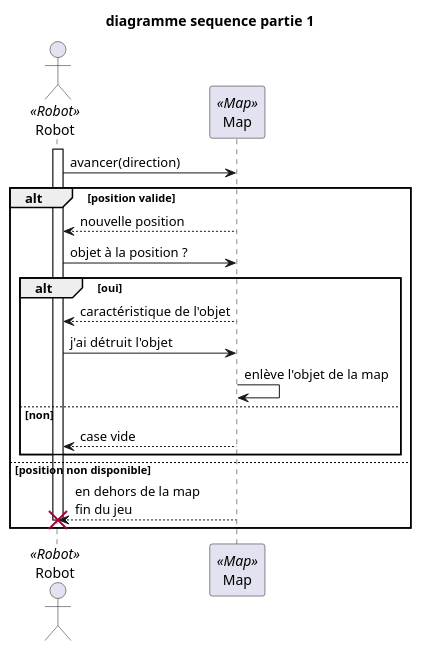
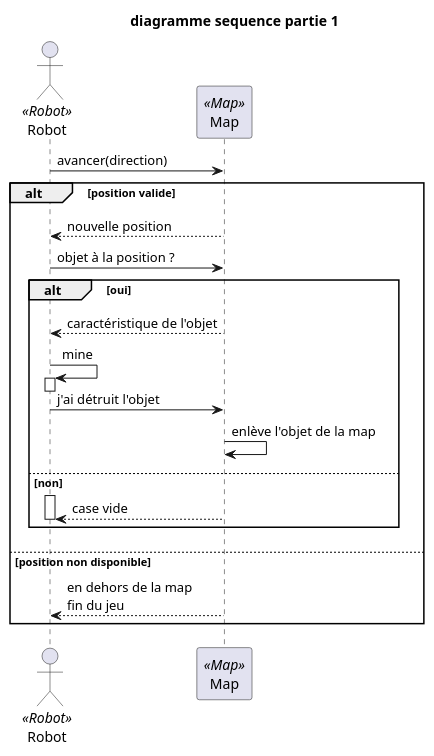
One commit to AlphaBooy/Mars-Robot changed the fourth of 9 diagrams in files/uml/uml.wsd. Above: the diagram before and after it, drawn with PlantUML. The commit also changed other lines of this file and 17 other files, not shown here.

Commit message:
♻️ update diagrammes and add compteRendu

```diff
--- a/files/uml/uml.wsd
+++ b/files/uml/uml.wsd
@@ -170,23 +184,32 @@
 @startuml diagrammeSequencePart1
+!pragma teoz true
 title diagramme sequence partie 1
 actor Robot as Robot <<Robot>>
 participant Map as Map <<Map>>
-activate Robot
+
 Robot -> Map : avancer(direction)
 alt position valide
 Map --> Robot : nouvelle position
 Robot -> Map : objet à la position ? 
 
 alt oui 
-Map --> Robot : caractéristique de l'objet
+
+Map --> Robot: caractéristique de l'objet
+Robot -> Robot ++: mine
+deactivate Robot
 Robot -> Map : j'ai détruit l'objet
+
 Map -> Map : enlève l'objet de la map
 else non
+activate Robot
 Map --> Robot : case vide
+deactivate Robot
+
+
 end
 else position non disponible
 Map --> Robot : en dehors de la map\nfin du jeu
 destroy Robot
-deactivate Robot
+
 end
 @enduml
```
